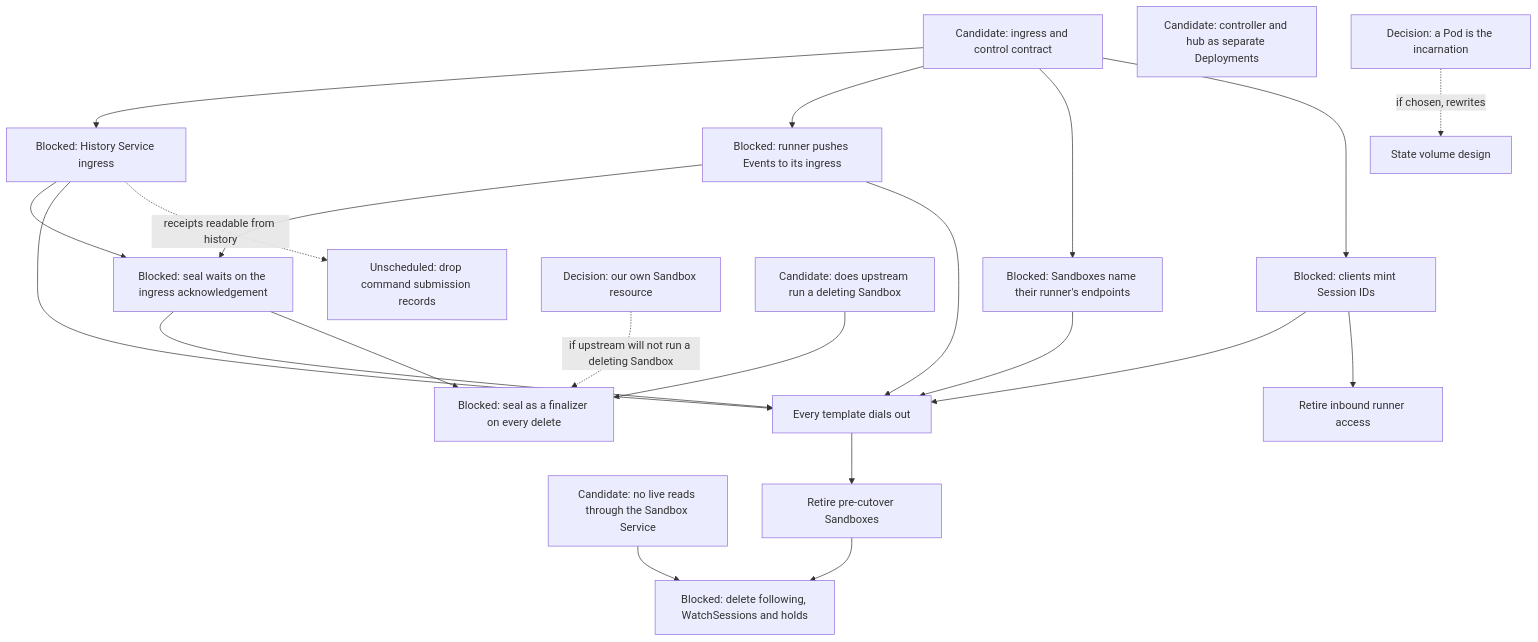
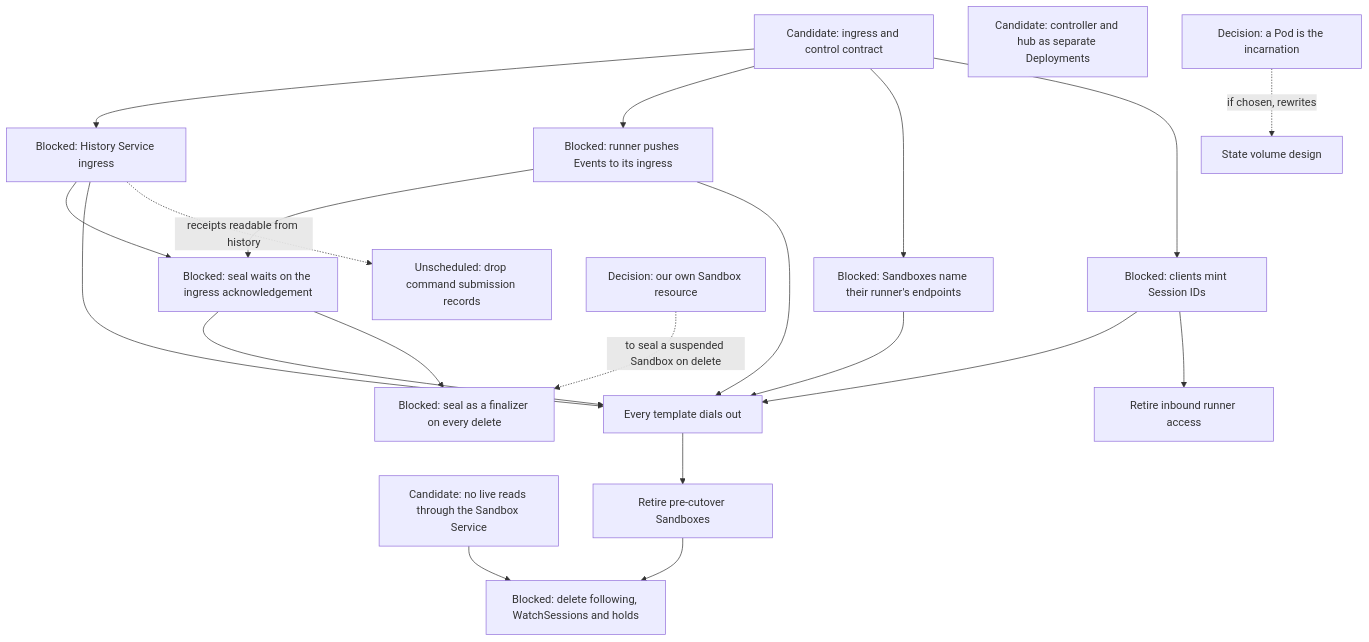
Before and after one commit to agentydragon-agent/ducktape: diagram 12 of 12 in agentplane/plans/task_dag.md, drawn with Mermaid. The commit also changed other lines of this file, not shown here.

````diff
--- a/agentplane/plans/task_dag.md
+++ b/agentplane/plans/task_dag.md
@@ -899,39 +899,37 @@
 ```mermaid
 flowchart TD
     RUNNER_INGRESS_CONTRACT[Candidate: ingress and control contract]
     HISTORY_INGRESS[Blocked: History Service ingress]
     RUNNER_INGRESS_PUSH[Blocked: runner pushes Events to its ingress]
     SANDBOX_RUNNER_ENDPOINTS[Blocked: Sandboxes name their runner's endpoints]
     CLIENT_SESSION_IDS[Blocked: clients mint Session IDs]
     APP_LIVE_FROM_HISTORY[Candidate: no live reads through the Sandbox Service]
     SEAL_ON_INGRESS_ACK[Blocked: seal waits on the ingress acknowledgement]
     RUNNER_OUTBOUND_ROLLOUT[Every template dials out]
     LEGACY_SANDBOX_RETIRE[Retire pre-cutover Sandboxes]
     FOLLOW_PATH_RETIRE[Blocked: delete following, WatchSessions and holds]
     SANDBOX_SERVICE_DEPLOYMENT_SPLIT[Candidate: controller and hub as separate Deployments]
     AGENTPLANE_SANDBOX_RESOURCE[Decision: our own Sandbox resource]
     POD_INCARNATION[Decision: a Pod is the incarnation]
-    SEAL_FINALIZER_SPIKE[Candidate: does upstream run a deleting Sandbox]
     SEAL_FINALIZER[Blocked: seal as a finalizer on every delete]
     COMMAND_RECORDS_RETIRE[Unscheduled: drop command submission records]
     RUNNER_INGRESS_CONTRACT --> HISTORY_INGRESS
     RUNNER_INGRESS_CONTRACT --> RUNNER_INGRESS_PUSH
     RUNNER_INGRESS_CONTRACT --> SANDBOX_RUNNER_ENDPOINTS
     RUNNER_INGRESS_CONTRACT --> CLIENT_SESSION_IDS
     HISTORY_INGRESS --> SEAL_ON_INGRESS_ACK
     RUNNER_INGRESS_PUSH --> SEAL_ON_INGRESS_ACK
     HISTORY_INGRESS --> RUNNER_OUTBOUND_ROLLOUT
     RUNNER_INGRESS_PUSH --> RUNNER_OUTBOUND_ROLLOUT
     SANDBOX_RUNNER_ENDPOINTS --> RUNNER_OUTBOUND_ROLLOUT
     CLIENT_SESSION_IDS --> RUNNER_OUTBOUND_ROLLOUT
     CLIENT_SESSION_IDS --> RUNNER_INBOUND_RETIRE[Retire inbound runner access]
     SEAL_ON_INGRESS_ACK --> RUNNER_OUTBOUND_ROLLOUT
     RUNNER_OUTBOUND_ROLLOUT --> LEGACY_SANDBOX_RETIRE
     LEGACY_SANDBOX_RETIRE --> FOLLOW_PATH_RETIRE
     APP_LIVE_FROM_HISTORY --> FOLLOW_PATH_RETIRE
-    SEAL_FINALIZER_SPIKE --> SEAL_FINALIZER
     SEAL_ON_INGRESS_ACK --> SEAL_FINALIZER
-    AGENTPLANE_SANDBOX_RESOURCE -. if upstream will not run a deleting Sandbox .-> SEAL_FINALIZER
+    AGENTPLANE_SANDBOX_RESOURCE -. to seal a suspended Sandbox on delete .-> SEAL_FINALIZER
     POD_INCARNATION -. if chosen, rewrites .-> SESSION_STATE_VOLUME_DESIGN[State volume design]
     HISTORY_INGRESS -. receipts readable from history .-> COMMAND_RECORDS_RETIRE
 ```
````
